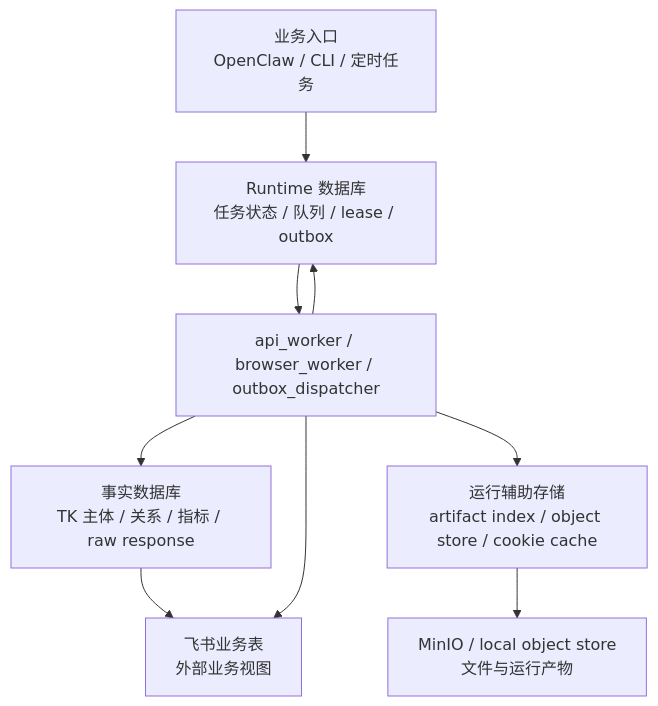
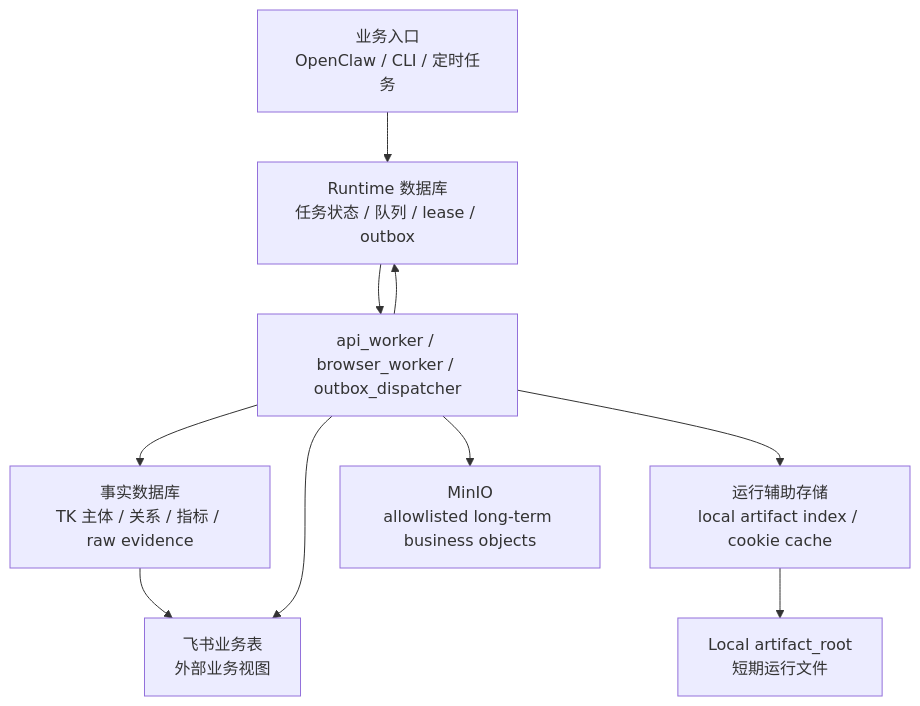
One commit to knighterrantsky/mujitask changed the first of 4 diagrams in docs/arch/database-architecture-design.md. Above: the diagram before and after it, drawn with Mermaid. The commit also changed other lines of this file and 71 other files, not shown here.

Commit message:
feat: enforce durable business object storage

````diff
--- a/docs/arch/database-architecture-design.md
+++ b/docs/arch/database-architecture-design.md
@@ -32,13 +32,14 @@
 ```mermaid
 flowchart TD
     A["业务入口<br/>OpenClaw / CLI / 定时任务"] --> B["Runtime 数据库<br/>任务状态 / 队列 / lease / outbox"]
     B --> C["api_worker / browser_worker / outbox_dispatcher"]
     C --> B
 
-    C --> D["事实数据库<br/>TK 主体 / 关系 / 指标 / raw response"]
-    C --> E["运行辅助存储<br/>artifact index / object store / cookie cache"]
+    C --> D["事实数据库<br/>TK 主体 / 关系 / 指标 / raw evidence"]
+    C --> E["运行辅助存储<br/>local artifact index / cookie cache"]
+    C --> H["MinIO<br/>allowlisted long-term business objects"]
 
     D --> F["飞书业务表<br/>外部业务视图"]
     C --> F
-    E --> G["MinIO / local object store<br/>文件与运行产物"]
+    E --> G["Local artifact_root<br/>短期运行文件"]
 ```
````
